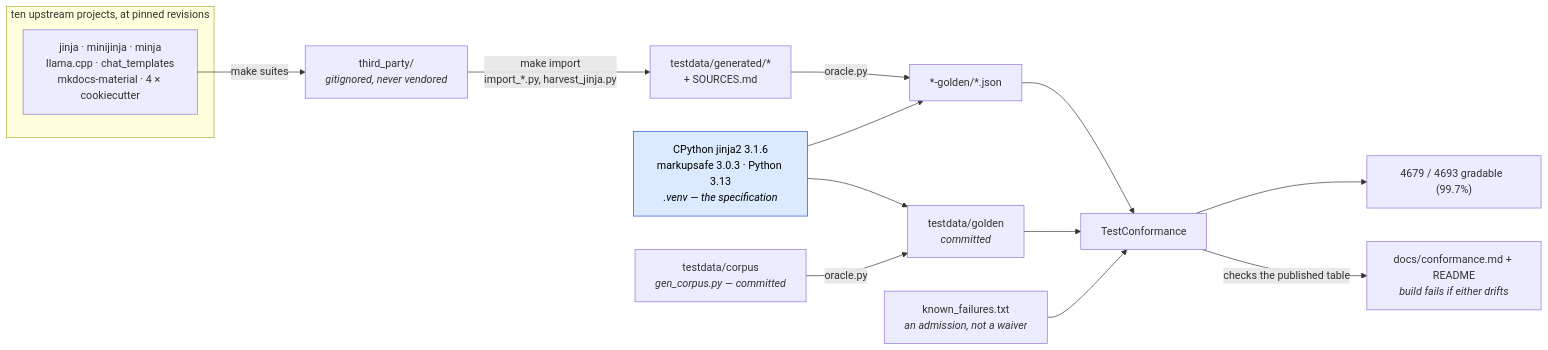
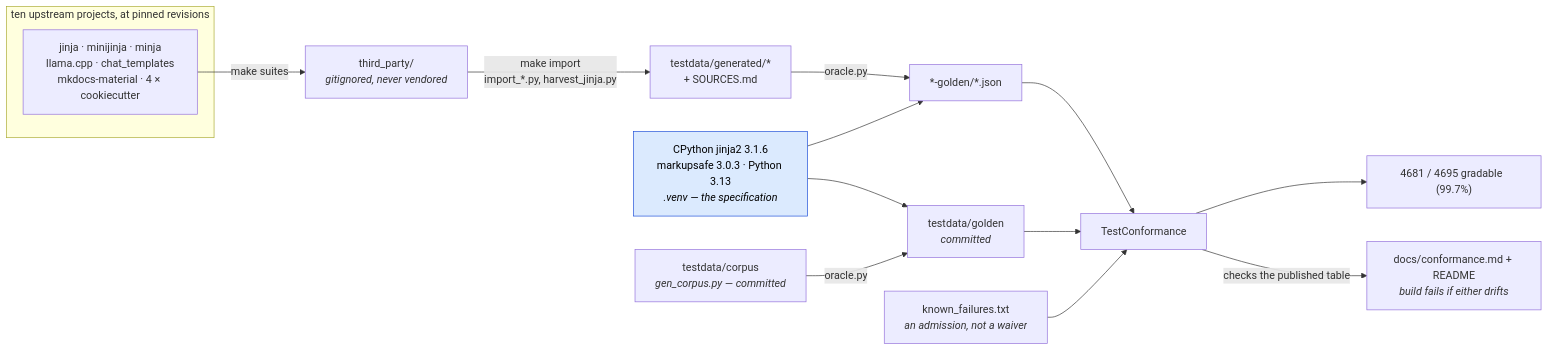
Before and after one commit to mgilbir/gojja2: the first of 2 diagrams in docs/conformance.md, drawn with Mermaid. The commit also changed other lines of this file and 10 other files, not shown here.

````diff
--- a/docs/conformance.md
+++ b/docs/conformance.md
@@ -17,24 +17,24 @@
 ```mermaid
 flowchart LR
     subgraph up["ten upstream projects, at pinned revisions"]
         U1["jinja · minijinja · minja<br/>llama.cpp · chat_templates<br/>mkdocs-material · 4 × cookiecutter"]
     end
     U1 -->|"make suites"| TP["third_party/<br/><i>gitignored, never vendored</i>"]
     TP -->|"make import<br/>import_*.py, harvest_jinja.py"| GEN["testdata/generated/*<br/>+ SOURCES.md"]
 
     ORA["CPython jinja2 3.1.6<br/>markupsafe 3.0.3 · Python 3.13<br/><i>.venv — the specification</i>"]
     GEN -->|"oracle.py"| G2["*-golden/*.json"]
     ORA --> G2
 
     OWN["testdata/corpus<br/><i>gen_corpus.py — committed</i>"] -->|"oracle.py"| G1["testdata/golden<br/><i>committed</i>"]
     ORA --> G1
 
     G1 --> TC["TestConformance"]
     G2 --> TC
     KF["known_failures.txt<br/><i>an admission, not a waiver</i>"] --> TC
-    TC --> RATE["4679 / 4693 gradable  (99.7%)"]
+    TC --> RATE["4681 / 4695 gradable  (99.7%)"]
     TC -->|"checks the published table"| RM["docs/conformance.md + README<br/><i>build fails if either drifts</i>"]
 
     classDef spec fill:#dbeafe,stroke:#1d4ed8,color:#000
     class ORA spec
 ```
````
